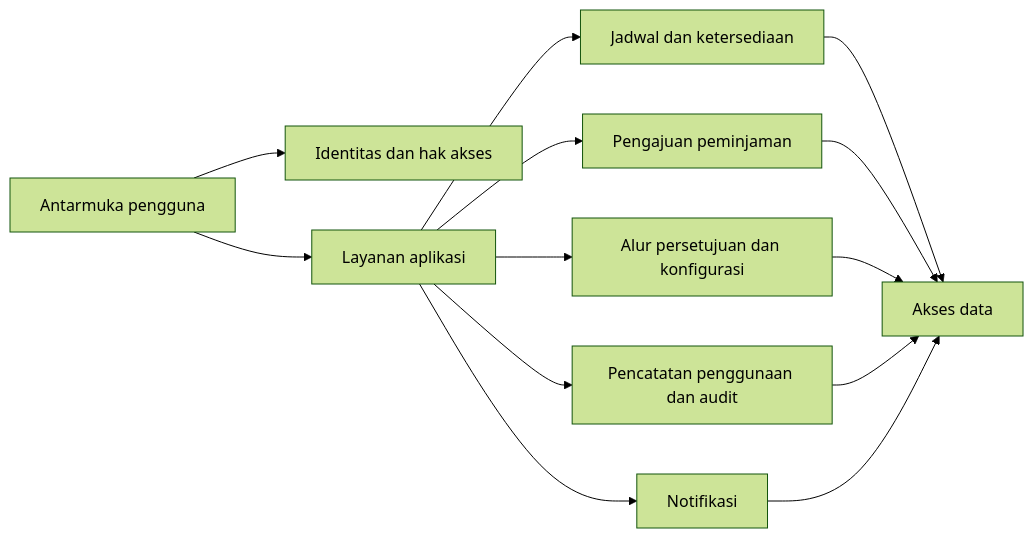
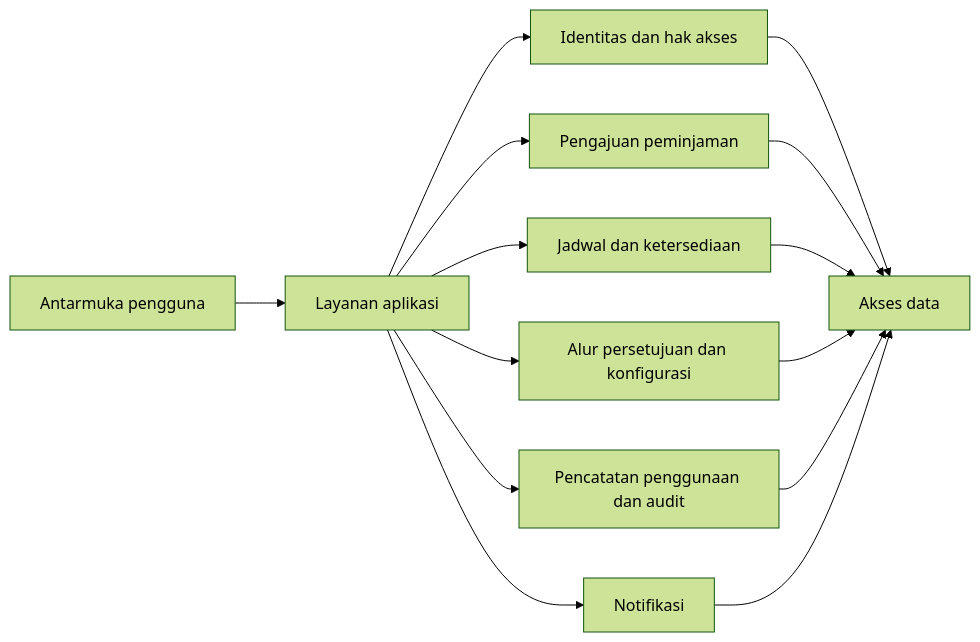
Before and after one commit to muhammadadrianrian675-arch/apl-tugas-kelompok-07: the diagram in diagram/B3-1-struktur-modul.mmd, drawn with Mermaid (forest theme). The commit also changed 3 other files, not shown here.

```diff
--- a/diagram/B3-1-struktur-modul.mmd
+++ b/diagram/B3-1-struktur-modul.mmd
@@ -1,13 +1,14 @@
 flowchart LR
-  UI[Antarmuka pengguna] --> ID[Identitas dan hak akses]
-  UI --> APP[Layanan aplikasi]
+  UI[Antarmuka pengguna] --> APP[Layanan aplikasi]
+  APP --> ID[Identitas dan hak akses]
   APP --> REQ[Pengajuan peminjaman]
   APP --> SCH[Jadwal dan ketersediaan]
   APP --> APR[Alur persetujuan dan konfigurasi]
-  APP --> USE[Pencatatan penggunaan dan audit]
-  SCH --> DATA[Akses data]
+  APP --> AUDIT[Pencatatan penggunaan dan audit]
+  APP --> NOTIF[Notifikasi]
+  ID --> DATA[Akses data]
   REQ --> DATA
+  SCH --> DATA
   APR --> DATA
-  USE --> DATA
-  APP --> NOTIF[Notifikasi]
+  AUDIT --> DATA
   NOTIF --> DATA
```
